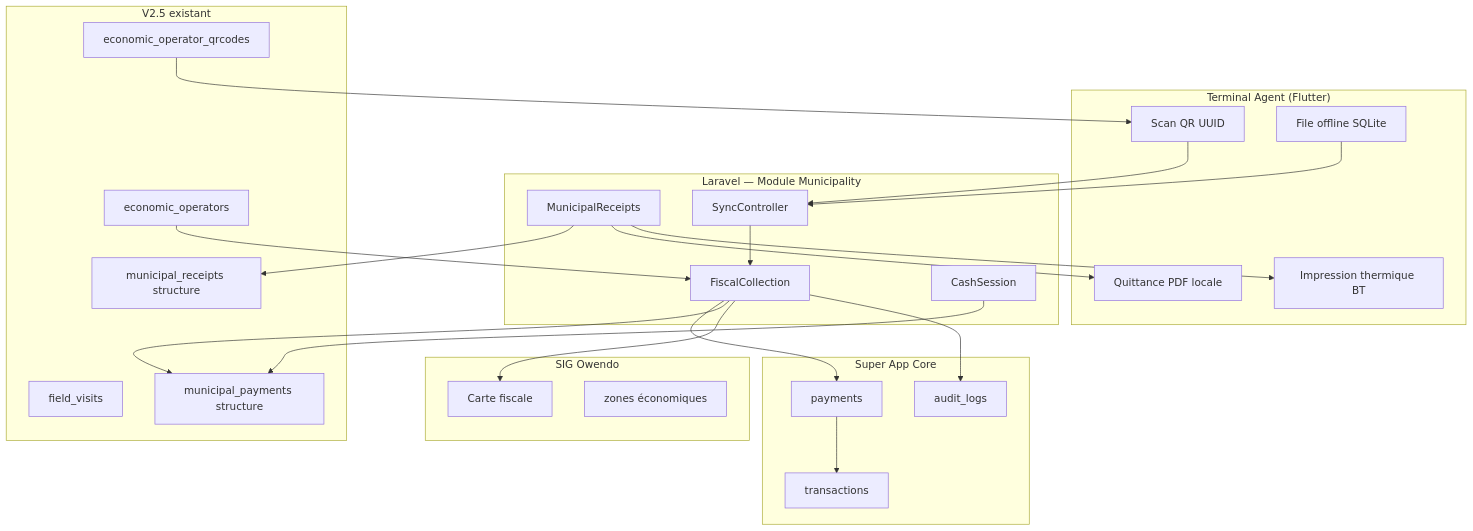
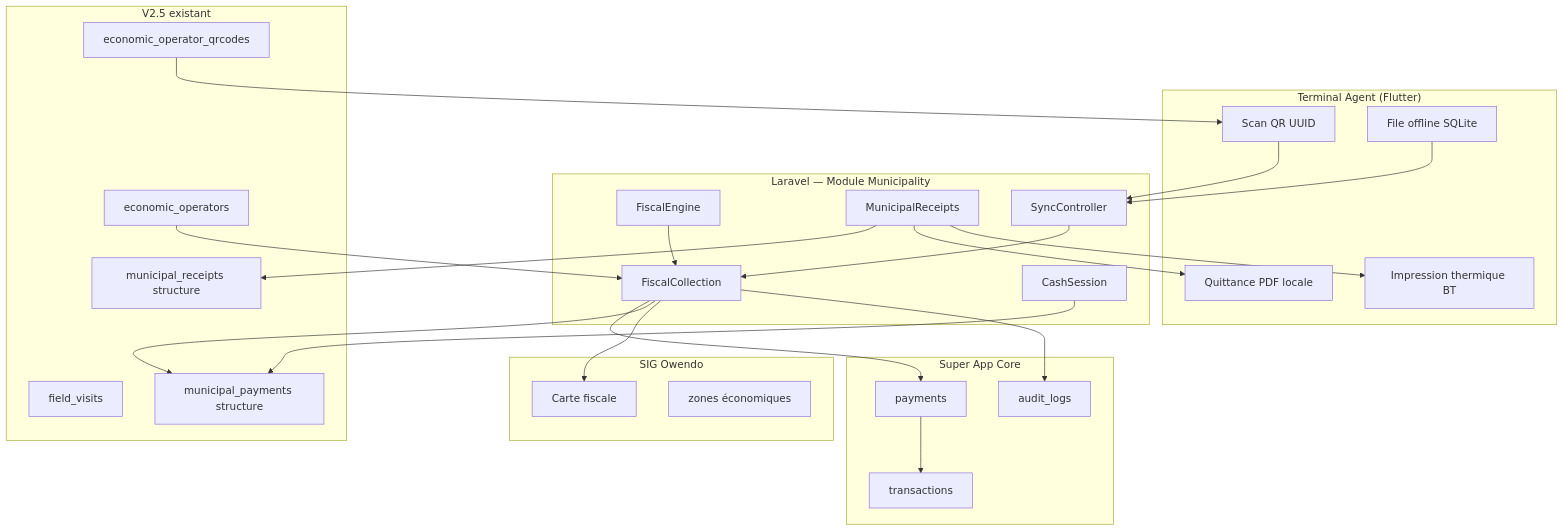
Before and after one commit to akieni2/mami.ga: the first of 2 diagrams in docs/municipality-v3/01_ARCHITECTURE_GENERALE.md, drawn with Mermaid. The commit also changed other lines of this file and 63 other files, not shown here.

First line of the commit message:
Add Municipality V3 Sprint 1 configurable fiscal engine.

````diff
--- a/docs/municipality-v3/01_ARCHITECTURE_GENERALE.md
+++ b/docs/municipality-v3/01_ARCHITECTURE_GENERALE.md
@@ -7,50 +7,52 @@
 ```mermaid
 flowchart TB
     subgraph Mobile["Terminal Agent (Flutter)"]
         QR[Scan QR UUID]
         OFF[File offline SQLite]
         PRINT[Impression thermique BT]
         PDF[Quittance PDF locale]
     end
 
     subgraph API["Laravel — Module Municipality"]
+        FE[FiscalEngine]
         FC[FiscalCollection]
         MR[MunicipalReceipts]
         CS[CashSession]
         SYNC[SyncController]
     end
 
     subgraph Core["Super App Core"]
         PAY[payments]
         TX[transactions]
         AUD[audit_logs]
     end
 
     subgraph V25["V2.5 existant"]
         EO[economic_operators]
         QRDB[economic_operator_qrcodes]
         FV[field_visits]
         MP[municipal_payments structure]
         MRC[municipal_receipts structure]
     end
 
     subgraph GIS["SIG Owendo"]
         MAP[Carte fiscale]
         ZONES[zones économiques]
     end
 
     QR --> SYNC
     OFF --> SYNC
     SYNC --> FC
+    FE --> FC
     FC --> PAY
     FC --> MP
     MR --> MRC
     MR --> PDF
     MR --> PRINT
     CS --> MP
     EO --> FC
     QRDB --> QR
     FC --> MAP
     PAY --> TX
     FC --> AUD
 ```
````
